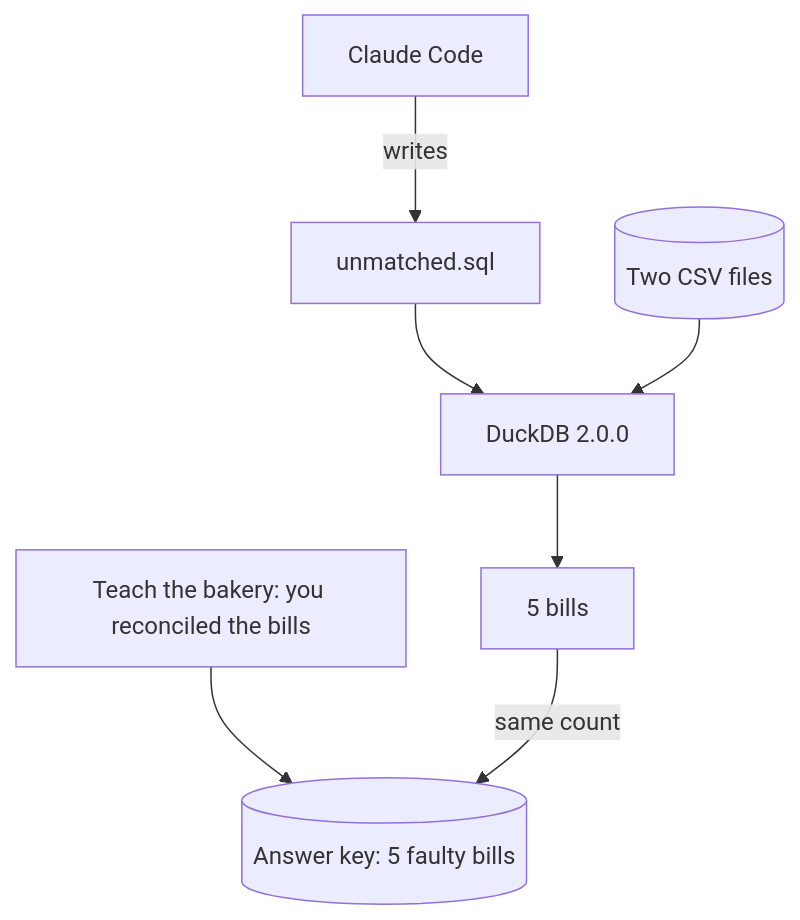
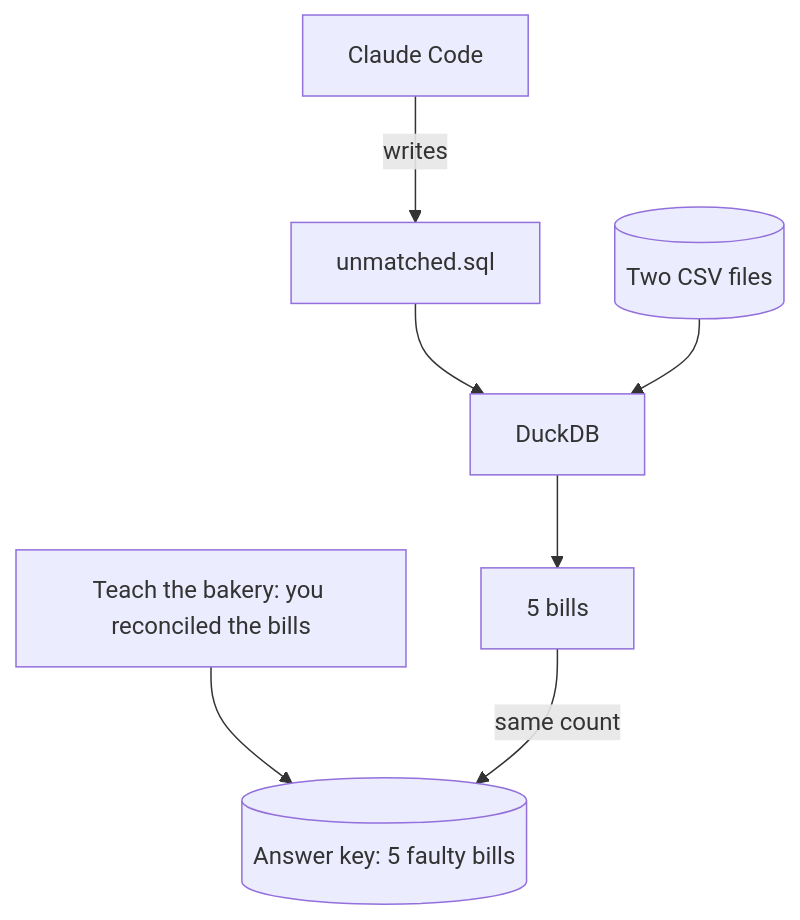
The diagram in parts/07-ask-questions-of-your-files/README.md (learnwithparam/claude-code-for-everyone), drawn with Mermaid before and after one commit. The commit also changed other lines of this file and 573 other files, not shown here.

````diff
--- a/parts/07-ask-questions-of-your-files/README.md
+++ b/parts/07-ask-questions-of-your-files/README.md
@@ -13,9 +15,9 @@
 ```mermaid
 flowchart TB
   H[Teach the bakery: you reconciled the bills] --> K[(Answer key: 5 faulty bills)]
   C[Claude Code] -->|writes| Q[unmatched.sql]
-  Q --> D[DuckDB 2.0.0]
+  Q --> D[DuckDB]
   F[(Two CSV files)] --> D
   D --> K2[5 bills]
   K2 -->|same count| K
 ```
````
